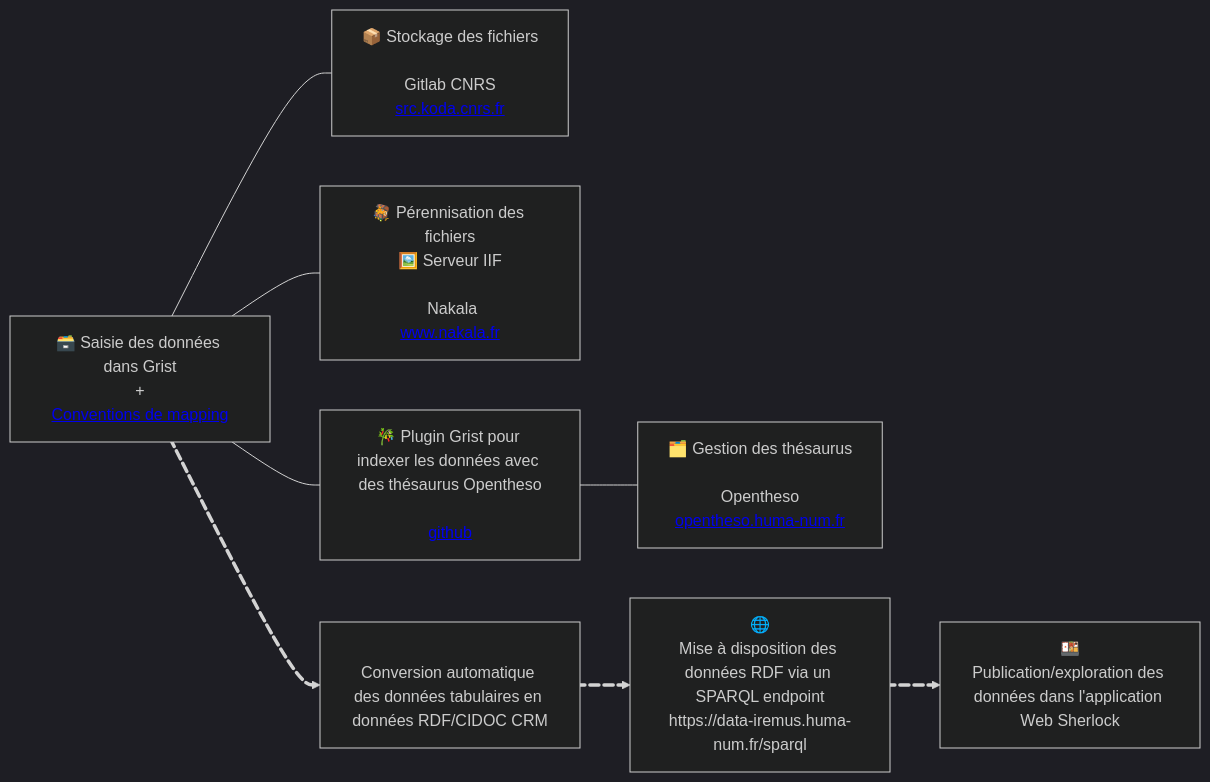
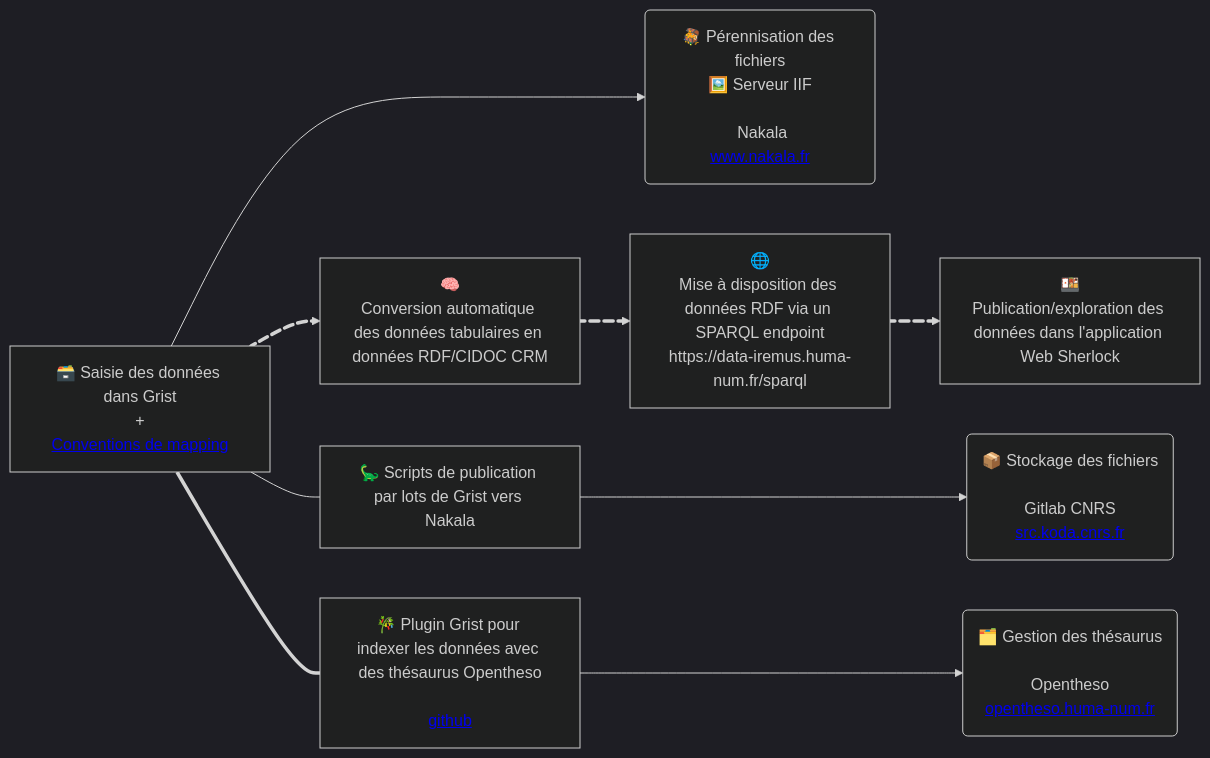
Before and after one commit to sherlock-iremus/sherlock: the diagram in README.md, drawn with Mermaid (dark theme).

````diff
--- a/README.md
+++ b/README.md
@@ -48,23 +48,27 @@
 ```mermaid
     flowchart LR
+    
+    koda(📦 Stockage des fichiers<br><br>Gitlab CNRS<br><a href="https://src.koda.cnrs.fr/">src.koda.cnrs.fr</a>)
+    nakala(🪎 Pérennisation des fichiers<br>🖼️ Serveur IIF<br><br> Nakala<br><a href="https://www.nakala.fr/">www.nakala.fr</a>)
+    hnot(🗂️ Gestion des thésaurus<br><br>Opentheso<br><a href="https://opentheso.huma-num.fr/">opentheso.huma-num.fr</a>)
+    
     grist[🗃️ Saisie des données dans Grist<br>+<br><a href="https://github.com/sherlock-iremus/sherlock-grist-to-crm/blob/main/doc/mapping.md">Conventions de mapping</a>]
-    koda[📦 Stockage des fichiers<br><br>Gitlab CNRS<br><a href="https://src.koda.cnrs.fr/">src.koda.cnrs.fr</a>]
-    nakala[🪎 Pérennisation des fichiers<br>🖼️ Serveur IIF<br><br> Nakala<br><a href="https://www.nakala.fr/">www.nakala.fr</a>]
-    hnot[🗂️ Gestion des thésaurus<br><br>Opentheso<br><a href="https://opentheso.huma-num.fr/">opentheso.huma-num.fr</a>]
-    scripts[<br>Conversion automatique des données tabulaires en données RDF/CIDOC CRM]
+    scripts[🧠<br>Conversion automatique des données tabulaires en données RDF/CIDOC CRM]
     sparql[🌐<br>Mise à disposition des données RDF via un SPARQL endpoint<br>https://data-iremus.huma-num.fr/sparql]
     sherlock[🍱<br>Publication/exploration des données dans l'application Web Sherlock]
     gop[🎋 Plugin Grist pour indexer les données avec des thésaurus Opentheso<br><br><a href="https://github.com/sherlock-iremus/sherlock-grist-opentheso-plugin">github</a>]
+    sdnakala[🦕 Scripts de publication par lots de Grist vers Nakala]
 
     grist e1@==> scripts
     scripts e2@==> sparql
     sparql e3@==> sherlock
 
-    grist---koda
-    grist---gop---hnot
-    grist---nakala
 
-    e1@{ animate: true }
+e1@{ animate: true }
     e2@{ animate: true }
     e3@{ animate: true }
+    
+    grist --- sdnakala--->koda
+    grist===gop--->hnot
+    grist--->nakala
 ```
````
